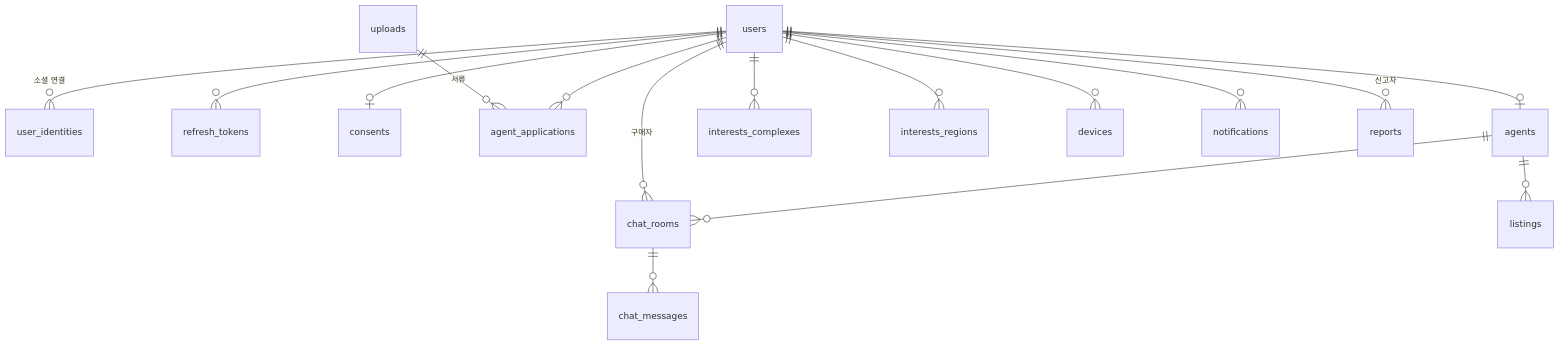
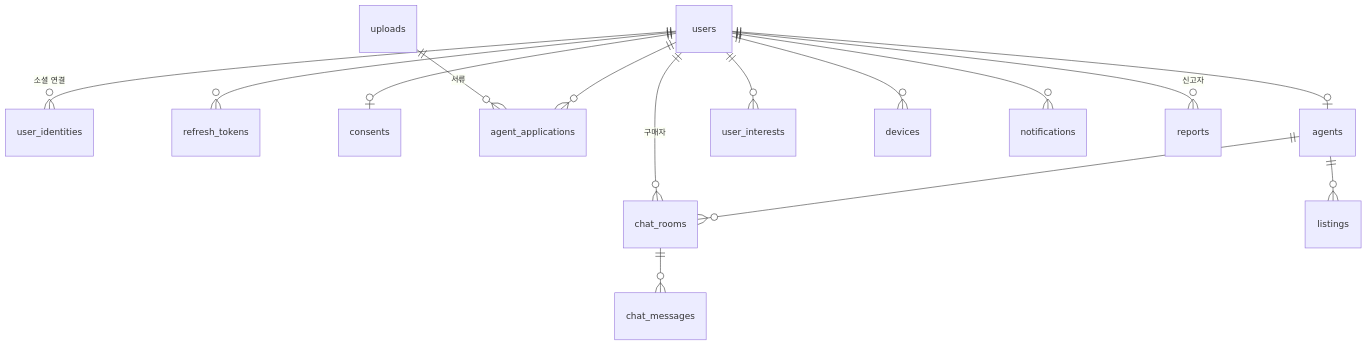
One commit to pugurin/Pugurin-backend changed the second of 2 diagrams in docs/ERD.md. Above: the diagram before and after it, drawn with Mermaid. The commit also changed other lines of this file and 27 other files, not shown here.

````diff
--- a/docs/ERD.md
+++ b/docs/ERD.md
@@ -500,18 +519,17 @@
 ```mermaid
 erDiagram
     users ||--o{ user_identities : "소셜 연결"
     users ||--o{ refresh_tokens : ""
     users ||--o| consents : ""
     users ||--o{ agent_applications : ""
     users ||--o| agents : ""
-    users ||--o{ interests_complexes : ""
-    users ||--o{ interests_regions : ""
+    users ||--o{ user_interests : ""
     users ||--o{ devices : ""
     users ||--o{ notifications : ""
     users ||--o{ reports : "신고자"
     agents ||--o{ chat_rooms : ""
     users ||--o{ chat_rooms : "구매자"
     chat_rooms ||--o{ chat_messages : ""
     agents ||--o{ listings : ""
     uploads ||--o{ agent_applications : "서류"
 ```
````
